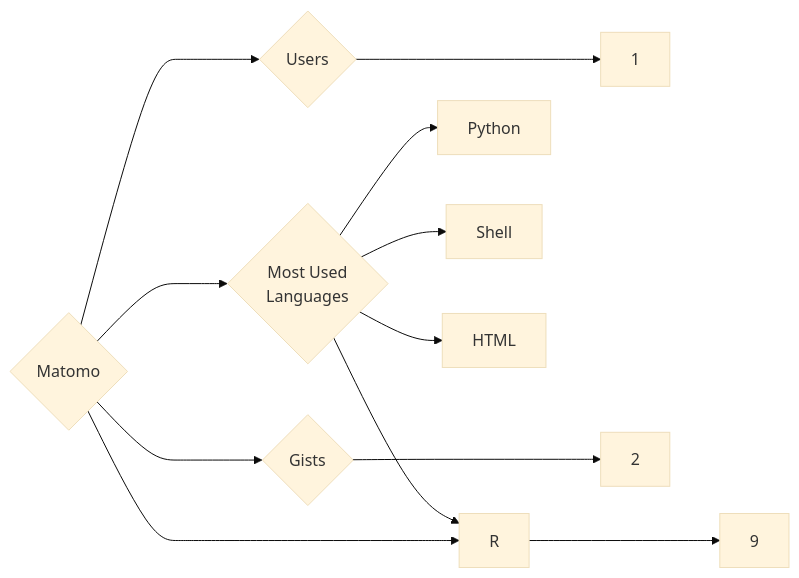
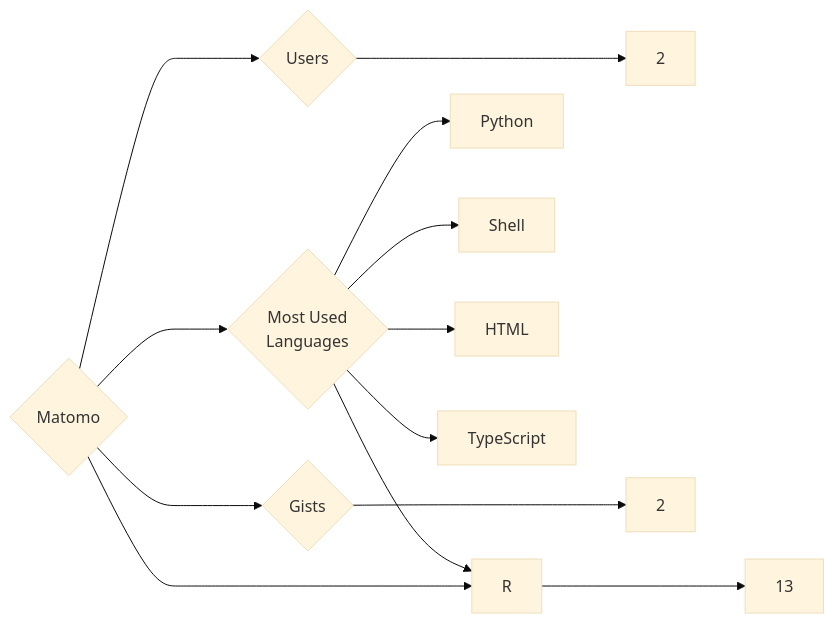
The diagram in targets/Matomo/README.md (trickest/insiders), drawn with Mermaid (base theme) before and after one commit. The commit also changed 728 other files, not shown here.

````diff
--- a/targets/Matomo/README.md
+++ b/targets/Matomo/README.md
@@ -3,12 +3,13 @@
 ```mermaid
 graph LR
 COMPANY_NAME{Matomo}
-COMPANY_NAME ---> U{Users} ---> UN[1]
-COMPANY_NAME ---> R{Repositories} ---> RN[9]
+COMPANY_NAME ---> U{Users} ---> UN[2]
+COMPANY_NAME ---> R{Repositories} ---> RN[13]
 COMPANY_NAME ---> G{Gists} ---> GN[2]
 COMPANY_NAME ---> ML{Most Used<br>Languages}
 ML --> Python[Python]
 ML --> Shell[Shell]
+ML --> HTML[HTML]
+ML --> TypeScript[TypeScript]
 ML --> R[R]
-ML --> HTML[HTML]
 ```
````
